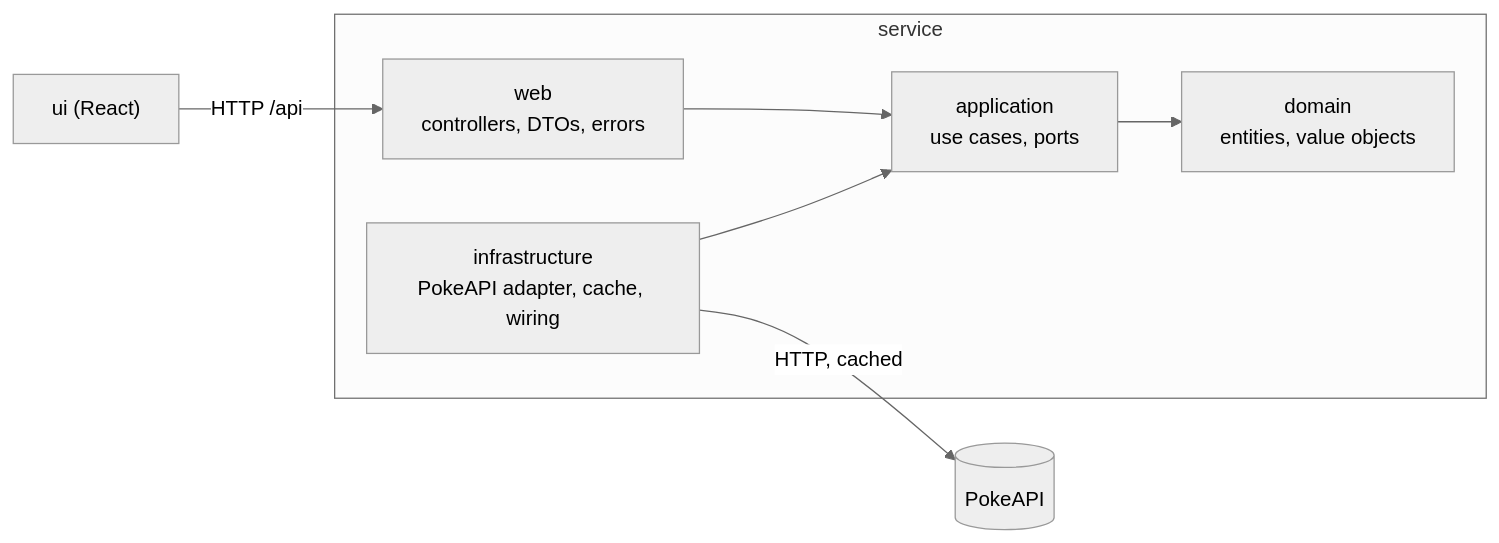
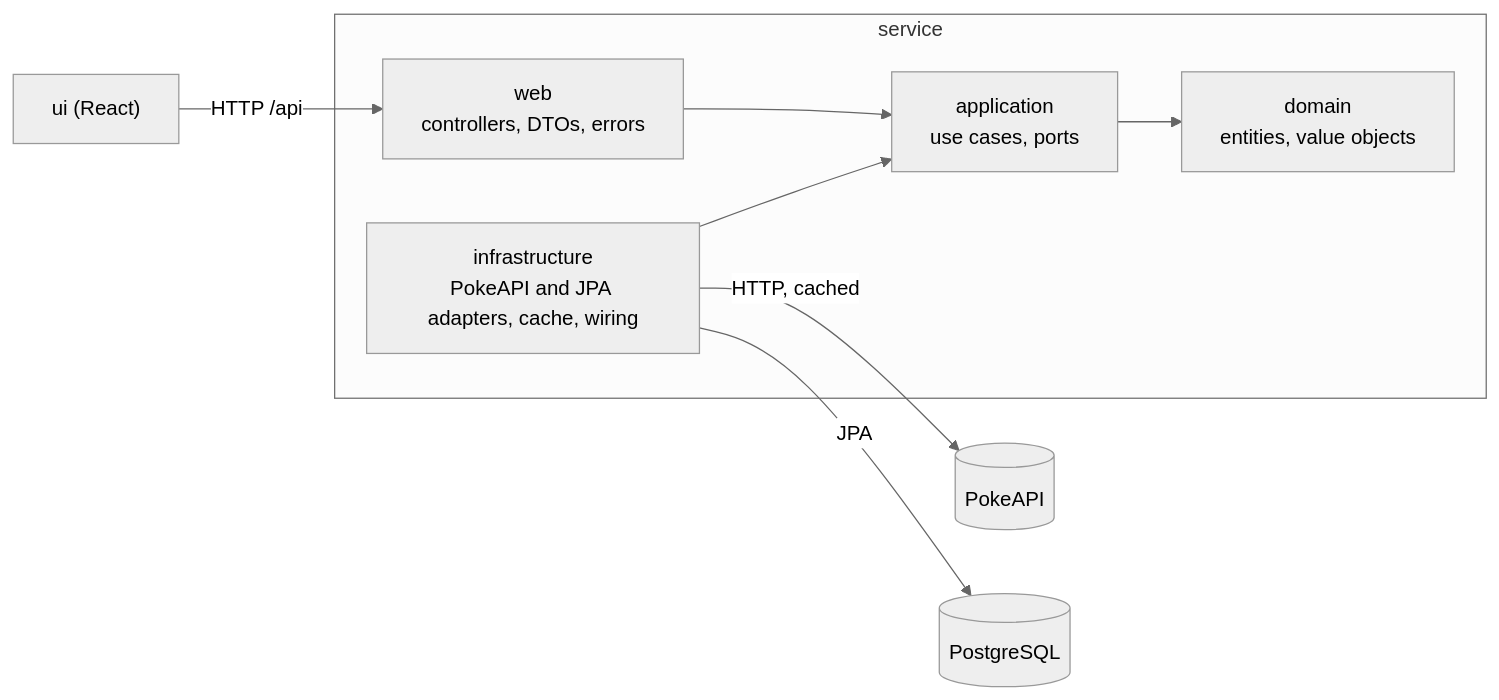
The diagram in README.md (lucas-amaral/pokedex-app), drawn with Mermaid (neutral theme) before and after one commit. The commit also changed other lines of this file and 20 other files, not shown here.

First line of the commit message:
US03: store the collection in PostgreSQL

````diff
--- a/README.md
+++ b/README.md
@@ -55,10 +63,11 @@
 ```mermaid
 flowchart LR
     UI["ui (React)"] -- "HTTP /api" --> WEB
     subgraph service
         WEB["web<br/>controllers, DTOs, errors"] --> APP["application<br/>use cases, ports"]
-        INFRA["infrastructure<br/>PokeAPI adapter, cache, wiring"] --> APP
+        INFRA["infrastructure<br/>PokeAPI and JPA adapters, cache, wiring"] --> APP
         APP --> DOMAIN["domain<br/>entities, value objects"]
     end
     INFRA -- "HTTP, cached" --> POKEAPI[(PokeAPI)]
+    INFRA -- "JPA" --> DB[(PostgreSQL)]
 ```
````
